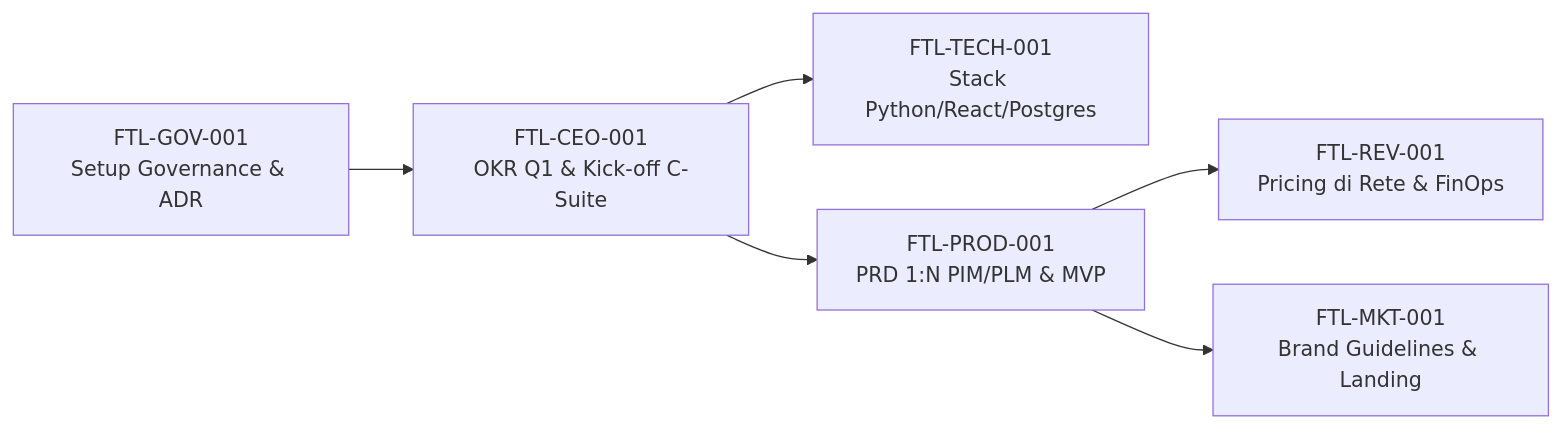
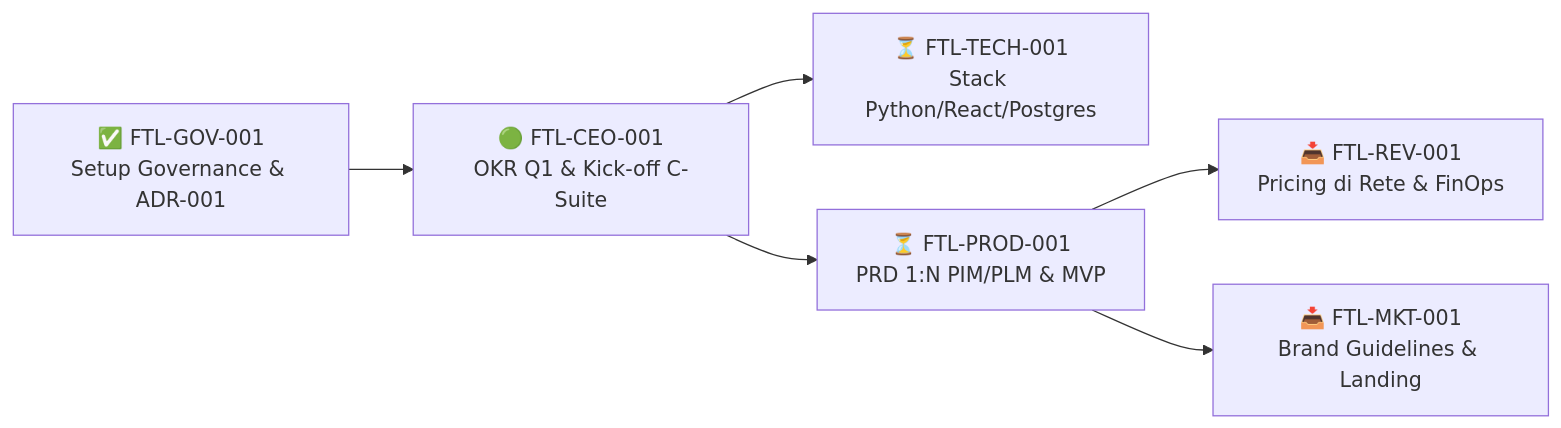
One commit to cimitalk/FootLink_v2 changed the diagram in README.md. Above: the diagram before and after it, drawn with Mermaid. The commit also changed other lines of this file and 58 other files, not shown here.

Commit message:
feat(sprint1): complete Bootstrap Sprint 1 with Antigravity governance, ADR-001..004, PRD-001, FastAPI/React scaffolding, FinOps and Founder Control Center

````diff
--- a/README.md
+++ b/README.md
@@ -35,8 +65,8 @@
 ```mermaid
 flowchart LR
-    GOV["FTL-GOV-001<br/>Setup Governance & ADR"] --> CEO["FTL-CEO-001<br/>OKR Q1 & Kick-off C-Suite"]
-    CEO --> TECH["FTL-TECH-001<br/>Stack Python/React/Postgres"]
-    CEO --> PROD["FTL-PROD-001<br/>PRD 1:N PIM/PLM & MVP"]
-    PROD --> REV["FTL-REV-001<br/>Pricing di Rete & FinOps"]
-    PROD --> MKT["FTL-MKT-001<br/>Brand Guidelines & Landing"]
+    GOV["✅ FTL-GOV-001<br/>Setup Governance & ADR-001"] --> CEO["🟢 FTL-CEO-001<br/>OKR Q1 & Kick-off C-Suite"]
+    CEO --> TECH["⏳ FTL-TECH-001<br/>Stack Python/React/Postgres"]
+    CEO --> PROD["⏳ FTL-PROD-001<br/>PRD 1:N PIM/PLM & MVP"]
+    PROD --> REV["📥 FTL-REV-001<br/>Pricing di Rete & FinOps"]
+    PROD --> MKT["📥 FTL-MKT-001<br/>Brand Guidelines & Landing"]
 ```
````
